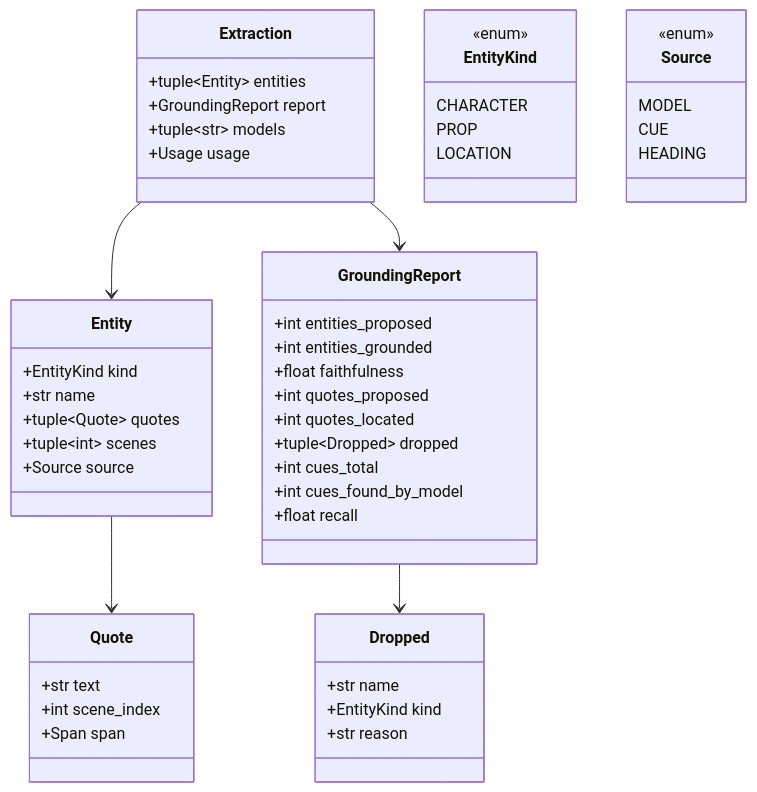
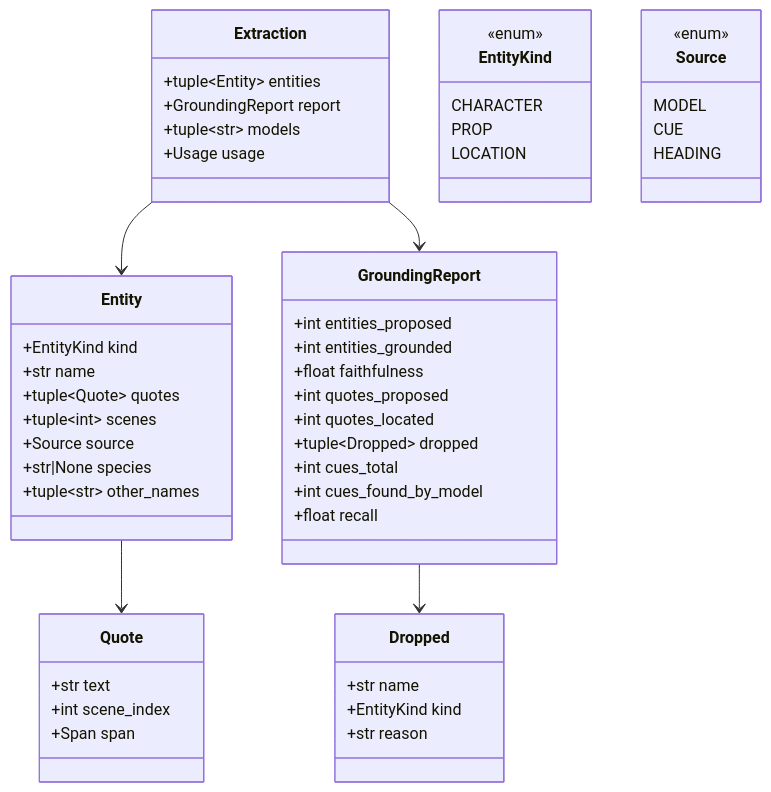
One commit to Katlego-tech/Panelwise changed the first of 2 diagrams in docs/design/grounding.md. Above: the diagram before and after it, drawn with Mermaid. The commit also changed other lines of this file and 5 other files, not shown here.

Commit message:
docs(grounding,storyboard,verify): T051/T052 design — grounded species and other names; redaction labels; animals not figures; the audit expects an animal as an object

````diff
--- a/docs/design/grounding.md
+++ b/docs/design/grounding.md
@@ -29,53 +29,55 @@
 ```mermaid
 classDiagram
     class Extraction {
         +tuple~Entity~ entities
         +GroundingReport report
         +tuple~str~ models
         +Usage usage
     }
     class Entity {
         +EntityKind kind
         +str name
         +tuple~Quote~ quotes
         +tuple~int~ scenes
         +Source source
+        +str|None species
+        +tuple~str~ other_names
     }
     class Quote {
         +str text
         +int scene_index
         +Span span
     }
     class GroundingReport {
         +int entities_proposed
         +int entities_grounded
         +float faithfulness
         +int quotes_proposed
         +int quotes_located
         +tuple~Dropped~ dropped
         +int cues_total
         +int cues_found_by_model
         +float recall
     }
     class Dropped {
         +str name
         +EntityKind kind
         +str reason
     }
     class EntityKind {
         <<enum>>
         CHARACTER
         PROP
         LOCATION
     }
     class Source {
         <<enum>>
         MODEL
         CUE
         HEADING
     }
     Extraction --> Entity
     Extraction --> GroundingReport
     Entity --> Quote
     GroundingReport --> Dropped
 ```
````
